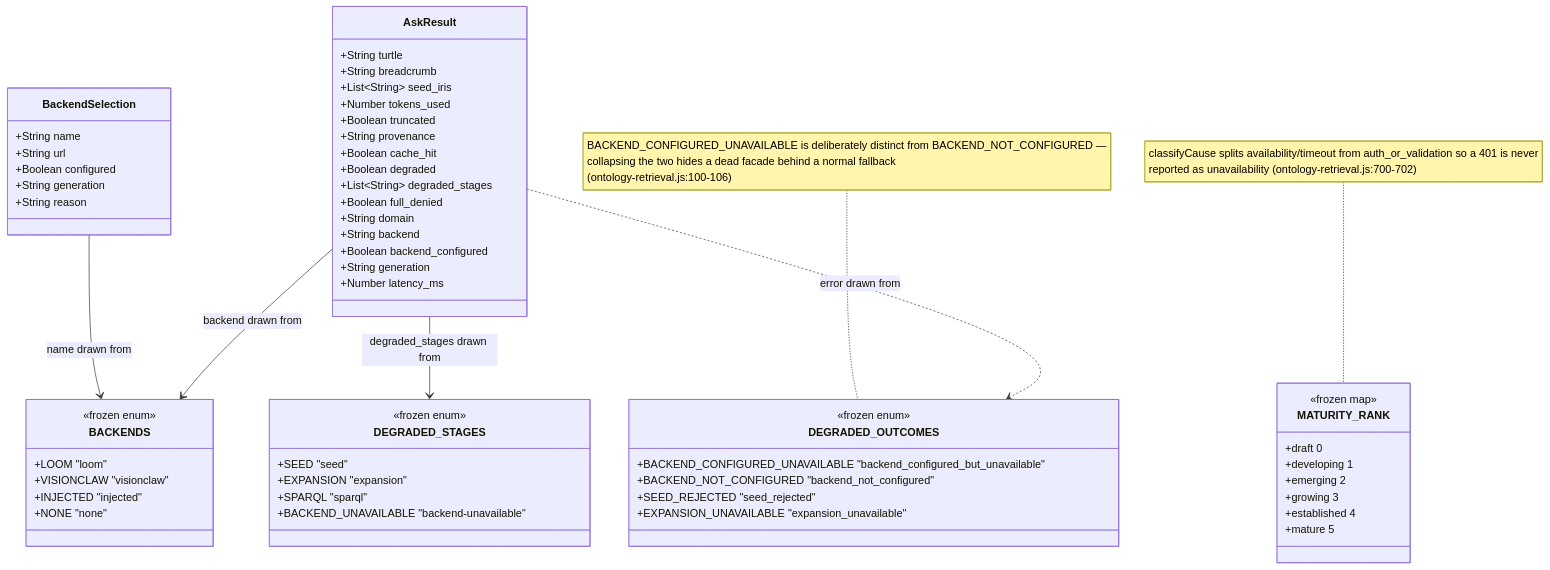
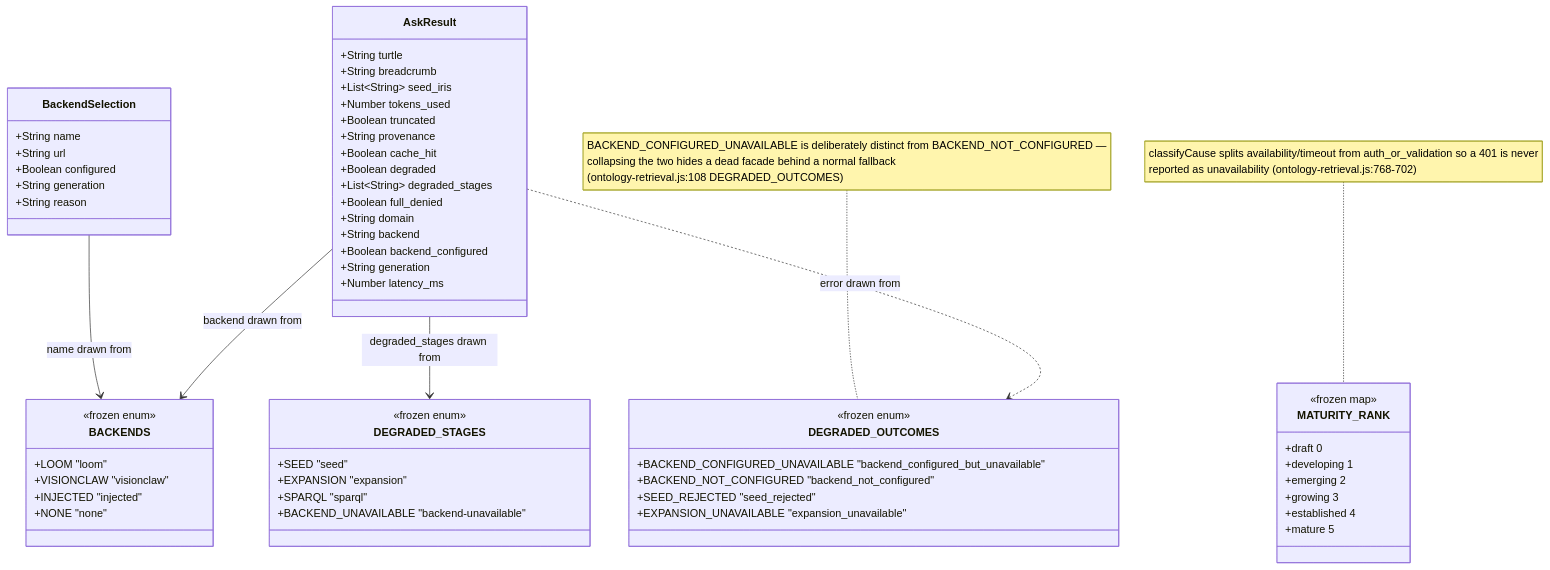
The fifth of 9 diagrams in docs/diagrams/agentbox/24-loom-facade.md (DreamLab-AI/VisionFlow), drawn with Mermaid before and after one commit. The commit also changed other lines of this file and 7 other files, not shown here.

Commit message:
docs(diagrams): bind closeout security and retrieval flows to source

````diff
--- a/docs/diagrams/agentbox/24-loom-facade.md
+++ b/docs/diagrams/agentbox/24-loom-facade.md
@@ -187,63 +162,63 @@
 ```mermaid
 classDiagram
     class BACKENDS {
         <<frozen enum>>
         +LOOM "loom"
         +VISIONCLAW "visionclaw"
         +INJECTED "injected"
         +NONE "none"
     }
     class DEGRADED_STAGES {
         <<frozen enum>>
         +SEED "seed"
         +EXPANSION "expansion"
         +SPARQL "sparql"
         +BACKEND_UNAVAILABLE "backend-unavailable"
     }
     class DEGRADED_OUTCOMES {
         <<frozen enum>>
         +BACKEND_CONFIGURED_UNAVAILABLE "backend_configured_but_unavailable"
         +BACKEND_NOT_CONFIGURED "backend_not_configured"
         +SEED_REJECTED "seed_rejected"
         +EXPANSION_UNAVAILABLE "expansion_unavailable"
     }
     class BackendSelection {
         +String name
         +String url
         +Boolean configured
         +String generation
         +String reason
     }
     class AskResult {
         +String turtle
         +String breadcrumb
         +List~String~ seed_iris
         +Number tokens_used
         +Boolean truncated
         +String provenance
         +Boolean cache_hit
         +Boolean degraded
         +List~String~ degraded_stages
         +Boolean full_denied
         +String domain
         +String backend
         +Boolean backend_configured
         +String generation
         +Number latency_ms
     }
     class MATURITY_RANK {
         <<frozen map>>
         +draft 0
         +developing 1
         +emerging 2
         +growing 3
         +established 4
         +mature 5
     }
     BackendSelection --> BACKENDS : name drawn from
     AskResult --> DEGRADED_STAGES : degraded_stages drawn from
     AskResult --> BACKENDS : backend drawn from
     AskResult ..> DEGRADED_OUTCOMES : error drawn from
-    note for DEGRADED_OUTCOMES "BACKEND_CONFIGURED_UNAVAILABLE is deliberately distinct from BACKEND_NOT_CONFIGURED —<br/>collapsing the two hides a dead facade behind a normal fallback<br/>(ontology-retrieval.js:100-106)"
-    note for MATURITY_RANK "classifyCause splits availability/timeout from auth_or_validation so a 401 is never<br/>reported as unavailability (ontology-retrieval.js:700-702)"
+    note for DEGRADED_OUTCOMES "BACKEND_CONFIGURED_UNAVAILABLE is deliberately distinct from BACKEND_NOT_CONFIGURED —<br/>collapsing the two hides a dead facade behind a normal fallback<br/>(ontology-retrieval.js:108 DEGRADED_OUTCOMES)"
+    note for MATURITY_RANK "classifyCause splits availability/timeout from auth_or_validation so a 401 is never<br/>reported as unavailability (ontology-retrieval.js:768-702)"
 ```
````
